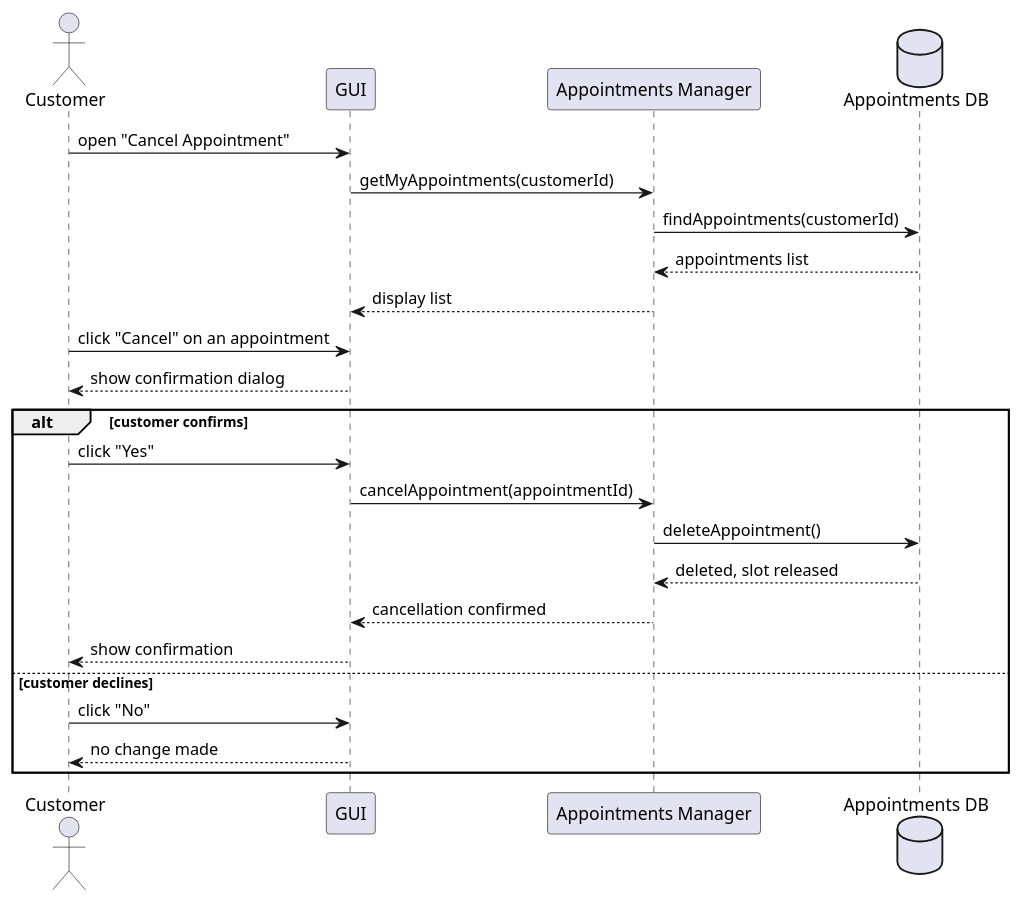
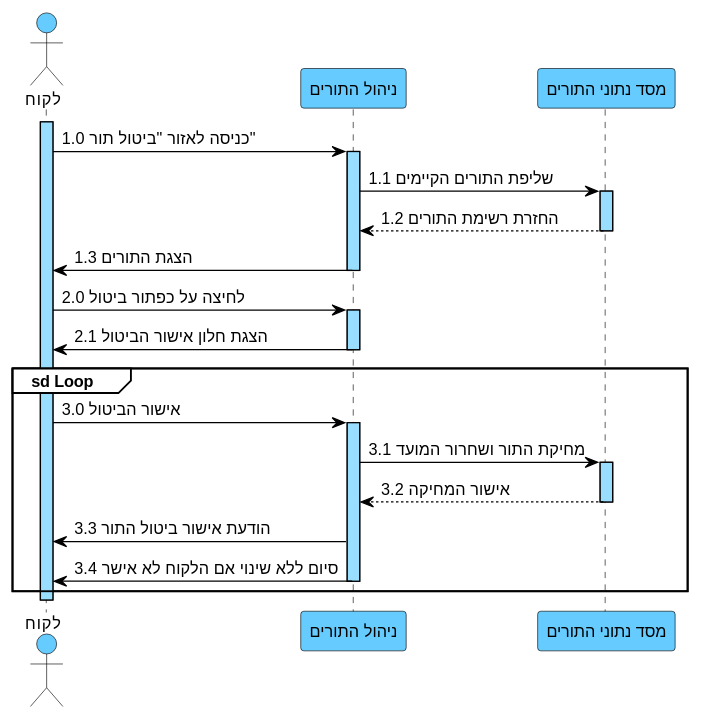
The diagram in docs/diagrams/puml/06-seq-suc06-ביטול-תור.puml (arielkaplan20/GOLDEN_HAIR_SALOAN), drawn with PlantUML before and after one commit. The commit also changed 26 other files, not shown here.

```diff
--- a/docs/diagrams/puml/06-seq-suc06-ביטול-תור.puml
+++ b/docs/diagrams/puml/06-seq-suc06-ביטול-תור.puml
@@ -1,25 +1,52 @@
 @startuml
-actor Customer
-participant GUI
-participant "Appointments Manager" as AM
-database "Appointments DB" as DB
+skinparam backgroundColor white
+skinparam defaultFontName Arial
+skinparam defaultFontSize 13
+skinparam sequence {
+ArrowColor black
+ArrowFontColor black
+ActorBorderColor black
+ActorBackgroundColor #66CCFF
+LifeLineBorderColor black
+LifeLineBackgroundColor #99DDFF
+ParticipantBorderColor black
+ParticipantBackgroundColor #66CCFF
+ParticipantFontColor black
+ParticipantFontSize 13
+GroupBorderColor black
+GroupBackgroundColor white
+GroupHeaderFontColor black
+}
 
-Customer -> GUI : open "Cancel Appointment"
-GUI -> AM : getMyAppointments(customerId)
-AM -> DB : findAppointments(customerId)
-DB --> AM : appointments list
-AM --> GUI : display list
-Customer -> GUI : click "Cancel" on an appointment
-GUI --> Customer : show confirmation dialog
-alt customer confirms
-Customer -> GUI : click "Yes"
-GUI -> AM : cancelAppointment(appointmentId)
-AM -> DB : deleteAppointment()
-DB --> AM : deleted, slot released
-AM --> GUI : cancellation confirmed
-GUI --> Customer : show confirmation
-else customer declines
-Customer -> GUI : click "No"
-GUI --> Customer : no change made
+actor "לקוח" as C
+participant "ניהול התורים" as AM
+participant "מסד נתוני התורים" as DB
+
+activate C
+C -> AM : 1.0 כניסה לאזור "ביטול תור"
+activate AM
+AM -> DB : 1.1 שליפת התורים הקיימים
+activate DB
+DB --> AM : 1.2 החזרת רשימת התורים
+deactivate DB
+AM -> C : 1.3 הצגת התורים
+deactivate AM
+
+C -> AM : 2.0 לחיצה על כפתור ביטול
+activate AM
+AM -> C : 2.1 הצגת חלון אישור הביטול
+deactivate AM
+
+group sd Loop
+C -> AM : 3.0 אישור הביטול
+activate AM
+AM -> DB : 3.1 מחיקת התור ושחרור המועד
+activate DB
+DB --> AM : 3.2 אישור המחיקה
+deactivate DB
+AM -> C : 3.3 הודעת אישור ביטול התור
+AM -> C : 3.4 סיום ללא שינוי אם הלקוח לא אישר
+deactivate AM
 end
+deactivate C
 @enduml
```
